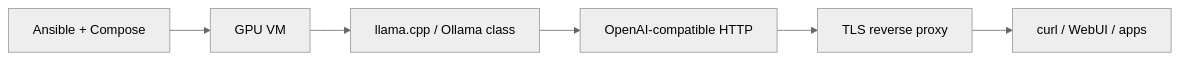
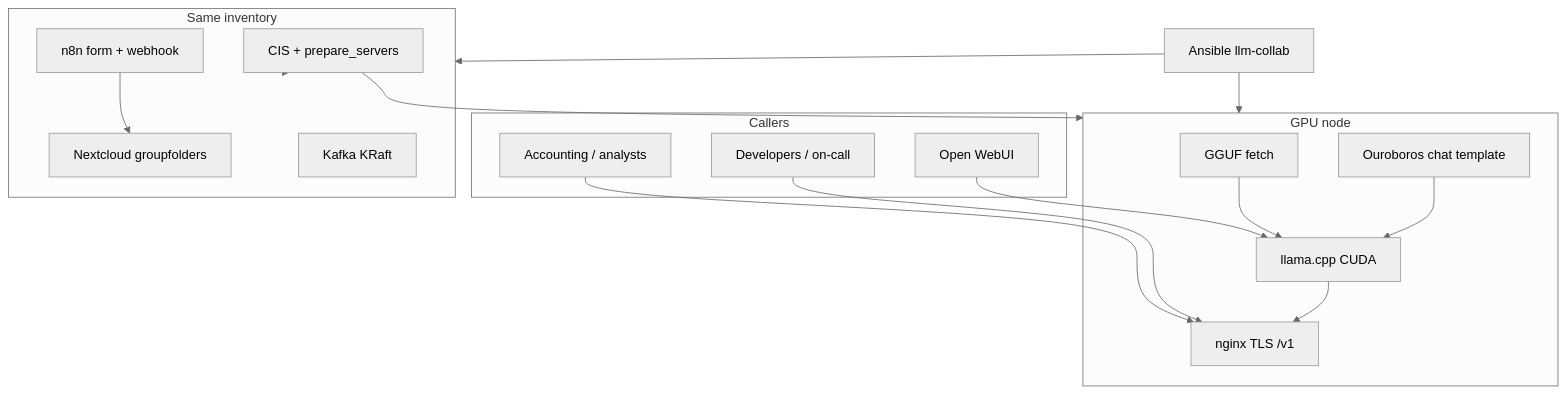
The diagram in diagrams/case-studies/01-ai-llm-platform.md (NarberallGamma/narberall-platform-engineer-lab), drawn with Mermaid (neutral theme) before and after one commit. The commit also changed other lines of this file and 808 other files, not shown here.

````diff
--- a/diagrams/case-studies/01-ai-llm-platform.md
+++ b/diagrams/case-studies/01-ai-llm-platform.md
@@ -3,9 +3,31 @@
 ```mermaid
-flowchart LR
-  GPU[GPU VM]
-  GPU --> Serve[llama.cpp / Ollama class]
-  Serve --> API[OpenAI-compatible HTTP]
-  API --> Edge[TLS reverse proxy]
-  Edge --> Clients[curl / WebUI / apps]
-  Ans[Ansible + Compose] --> GPU
+flowchart TB
+  subgraph callers [Callers]
+    Acc[Accounting / analysts]
+    Dev[Developers / on-call]
+    UI[Open WebUI]
+  end
+  subgraph gpu [GPU node]
+    Fetch[GGUF fetch]
+    Serve[llama.cpp CUDA]
+    Tpl[Ouroboros chat template]
+    Nginx[nginx TLS /v1]
+  end
+  subgraph collab [Same inventory]
+    NC[Nextcloud groupfolders]
+    N8n[n8n form + webhook]
+    Kfk[Kafka KRaft]
+    CIS[CIS + prepare_servers]
+  end
+  Acc --> Nginx
+  Dev --> Nginx
+  UI --> Serve
+  Fetch --> Serve
+  Tpl --> Serve
+  Serve --> Nginx
+  N8n --> NC
+  CIS --> gpu
+  CIS --> collab
+  Ans[Ansible llm-collab] --> gpu
+  Ans --> collab
 ```
````
